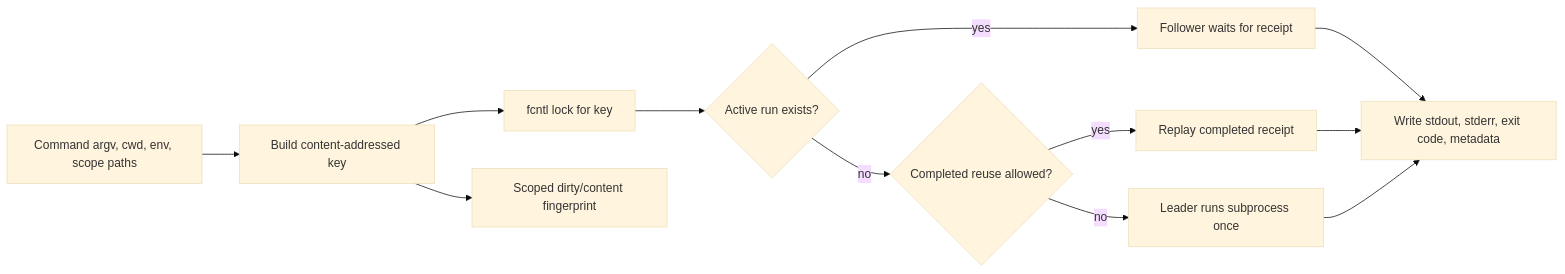
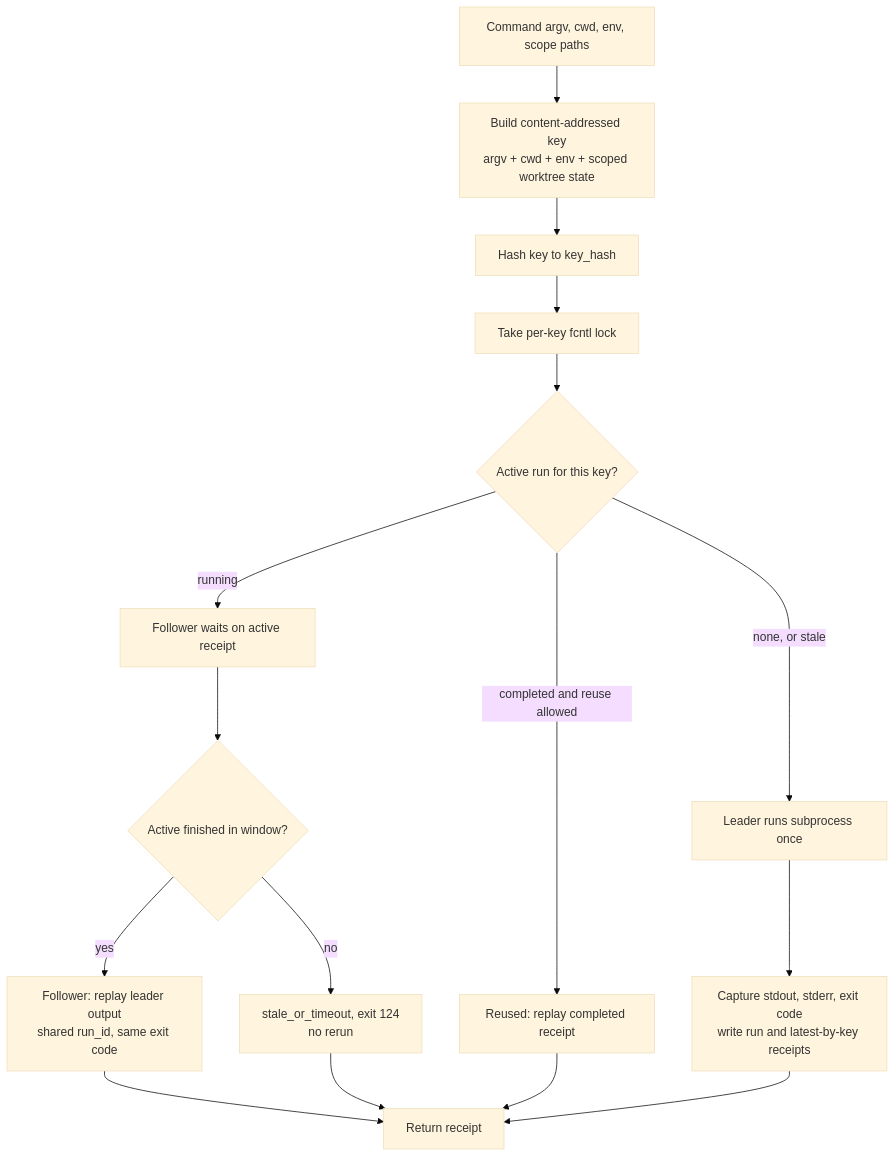
Before and after one commit to wcook04/plectis: the diagram in paper_modules/engine_room_command_run_singleflight.md, drawn with Mermaid (base theme). The commit also changed other lines of this file and 90 other files, not shown here.

First line of the commit message:
microcosm: enrich public paper-module prose and Shape diagrams (91 modules)

````diff
--- a/paper_modules/engine_room_command_run_singleflight.md
+++ b/paper_modules/engine_room_command_run_singleflight.md
@@ -18,14 +45,18 @@
 ```mermaid
-flowchart LR
-  A["Command argv, cwd, env, scope paths"] --> B["Build content-addressed key"]
-  B --> C["fcntl lock for key"]
-  C --> D{"Active run exists?"}
-  D -- "yes" --> E["Follower waits for receipt"]
-  D -- "no" --> F{"Completed reuse allowed?"}
-  F -- "yes" --> G["Replay completed receipt"]
-  F -- "no" --> H["Leader runs subprocess once"]
-  H --> I["Write stdout, stderr, exit code, metadata"]
-  E --> I
-  G --> I
-  B --> J["Scoped dirty/content fingerprint"]
+flowchart TD
+  A["Command argv, cwd, env, scope paths"] --> B["Build content-addressed key\nargv + cwd + env + scoped worktree state"]
+  B --> K["Hash key to key_hash"]
+  K --> C["Take per-key fcntl lock"]
+  C --> D{"Active run for this key?"}
+  D -- "running" --> E["Follower waits on active receipt"]
+  D -- "completed and reuse allowed" --> G["Reused: replay completed receipt"]
+  D -- "none, or stale" --> H["Leader runs subprocess once"]
+  E --> F{"Active finished in window?"}
+  F -- "yes" --> R["Follower: replay leader output\nshared run_id, same exit code"]
+  F -- "no" --> T["stale_or_timeout, exit 124\nno rerun"]
+  H --> I["Capture stdout, stderr, exit code\nwrite run and latest-by-key receipts"]
+  R --> Z["Return receipt"]
+  G --> Z
+  T --> Z
+  I --> Z
 ```
````
